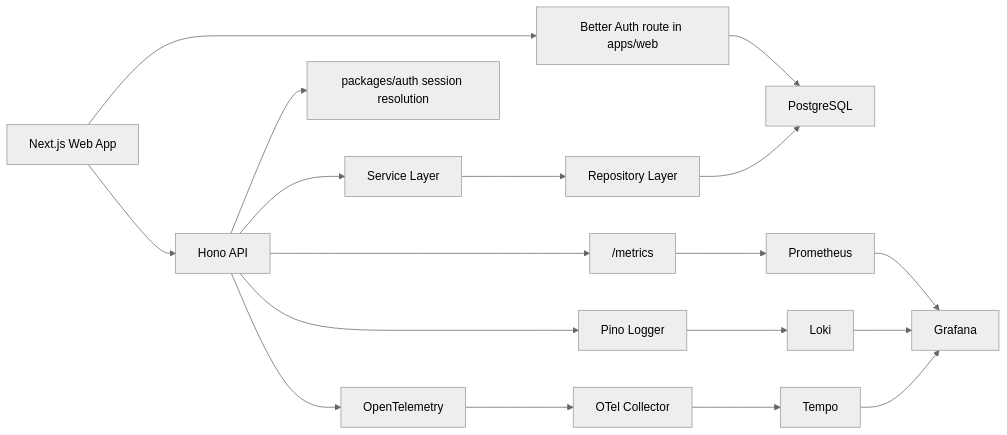
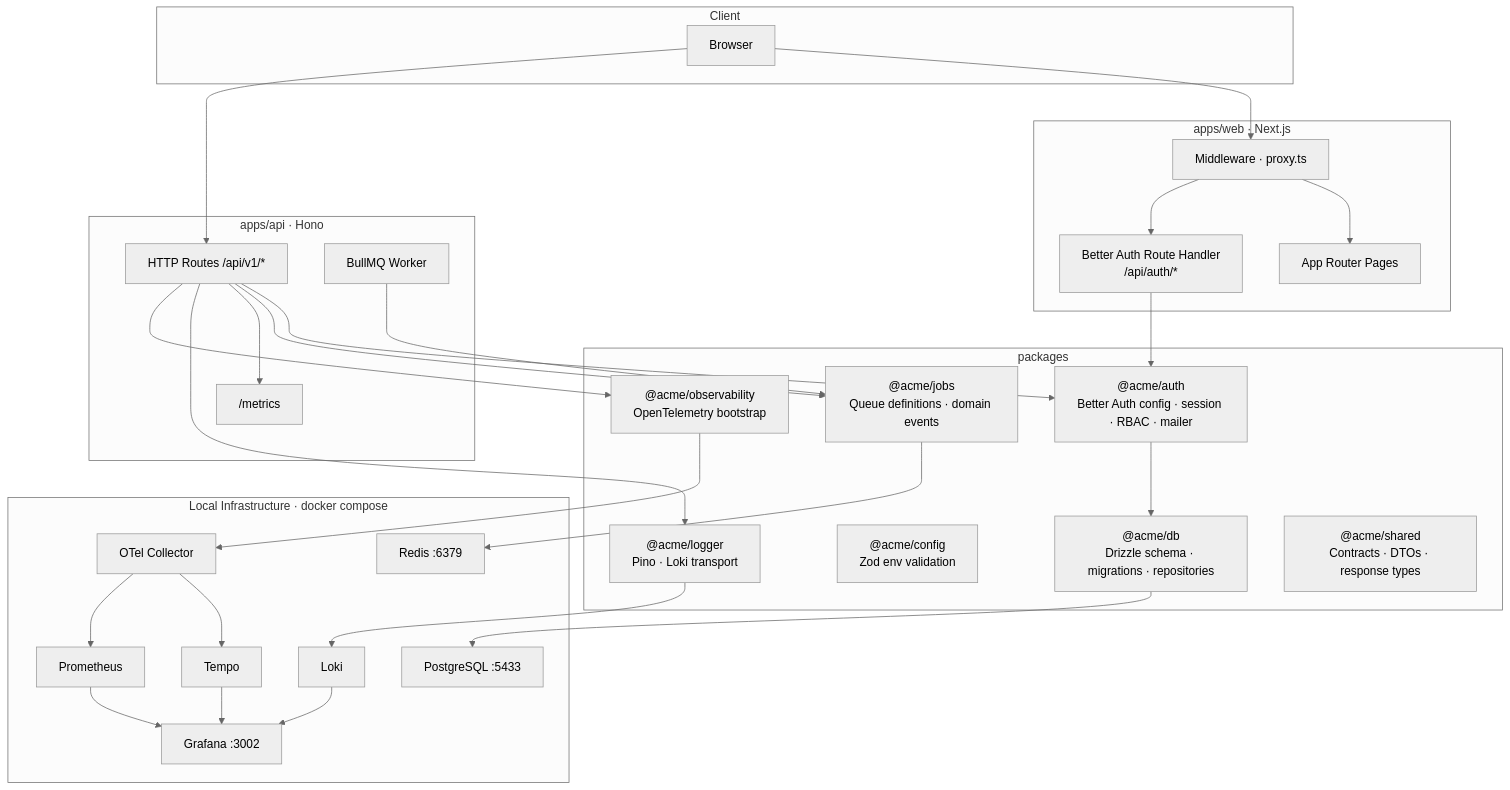
The diagram in README.md (Prathamesh-chougale-17/acme-platform-starter), drawn with Mermaid (neutral theme) before and after one commit. The commit also changed other lines of this file and 5 other files, not shown here.

First line of the commit message:
docs: add architecture, getting started, observability, packages, and releasing documentation

````diff
--- a/README.md
+++ b/README.md
@@ -98,20 +25,60 @@
 ```mermaid
-flowchart LR
-    Browser["Next.js Web App"] --> Auth["Better Auth route in apps/web"]
-    Browser --> API["Hono API"]
-    Auth --> DB["PostgreSQL"]
-    API --> AuthContext["packages/auth session resolution"]
-    API --> Services["Service Layer"]
-    Services --> Repos["Repository Layer"]
-    Repos --> DB
-    API --> Metrics["/metrics"]
-    API --> Logs["Pino Logger"]
-    API --> Traces["OpenTelemetry"]
-    Logs --> Loki["Loki"]
-    Traces --> OTel["OTel Collector"]
-    OTel --> Tempo["Tempo"]
-    Metrics --> Prom["Prometheus"]
-    Loki --> Grafana["Grafana"]
+graph TB
+    subgraph Client
+        Browser["Browser"]
+    end
+
+    subgraph apps/web ["apps/web · Next.js"]
+        WebApp["App Router Pages"]
+        AuthRoute["Better Auth Route Handler\n/api/auth/*"]
+        Middleware["Middleware · proxy.ts"]
+    end
+
+    subgraph apps/api ["apps/api · Hono"]
+        API["HTTP Routes /api/v1/*"]
+        Worker["BullMQ Worker"]
+        Metrics["/metrics"]
+    end
+
+    subgraph packages
+        Auth["@acme/auth\nBetter Auth config · session · RBAC · mailer"]
+        DB["@acme/db\nDrizzle schema · migrations · repositories"]
+        Jobs["@acme/jobs\nQueue definitions · domain events"]
+        Config["@acme/config\nZod env validation"]
+        Logger["@acme/logger\nPino · Loki transport"]
+        Obs["@acme/observability\nOpenTelemetry bootstrap"]
+        Shared["@acme/shared\nContracts · DTOs · response types"]
+    end
+
+    subgraph infra ["Local Infrastructure · docker compose"]
+        PG["PostgreSQL :5433"]
+        Redis["Redis :6379"]
+        OTel["OTel Collector"]
+        Loki["Loki"]
+        Tempo["Tempo"]
+        Prom["Prometheus"]
+        Grafana["Grafana :3002"]
+    end
+
+    Browser --> Middleware
+    Middleware --> WebApp
+    Middleware --> AuthRoute
+    Browser --> API
+    AuthRoute --> Auth
+    Auth --> DB
+    API --> Auth
+    API --> Jobs
+    API --> Metrics
+    Worker --> Jobs
+    Jobs --> Redis
+    API --> Logger
+    API --> Obs
+    Logger --> Loki
+    Obs --> OTel
+    OTel --> Tempo
+    OTel --> Prom
+    Prom --> Grafana
+    Loki --> Grafana
     Tempo --> Grafana
-    Prom --> Grafana
+    DB --> PG
 ```
````
